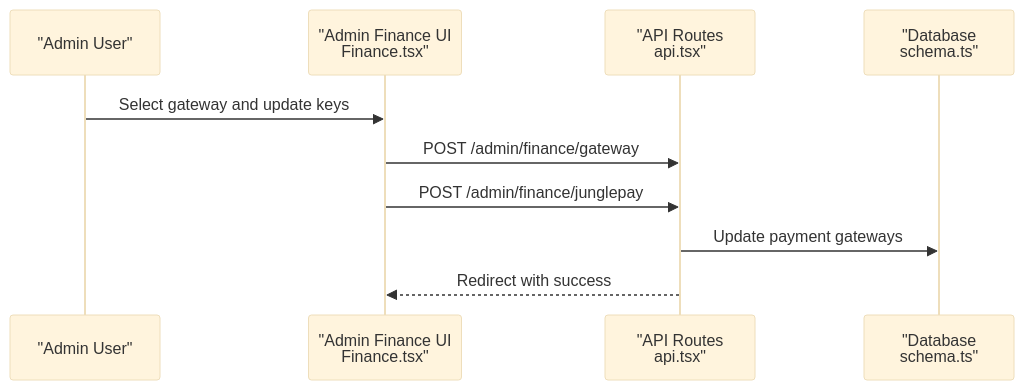
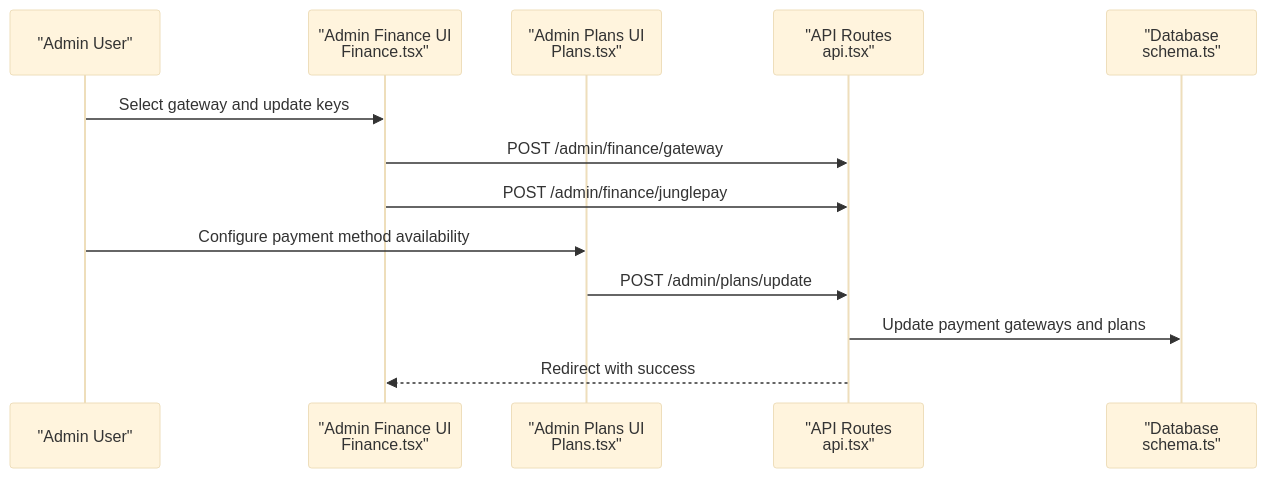
Diagram 16 of 16 in .qoder/repowiki/en/content/Page Components/Checkout Flow.md (eromedrive2tb-gif/Avitrine), drawn with Mermaid (base theme) before and after one commit. The commit also changed other lines of this file and 18 other files, not shown here.

````diff
--- a/.qoder/repowiki/en/content/Page Components/Checkout Flow.md
+++ b/.qoder/repowiki/en/content/Page Components/Checkout Flow.md
@@ -701,12 +816,15 @@
 ```mermaid
 sequenceDiagram
 participant Admin as "Admin User"
 participant UI as "Admin Finance UI<br/>Finance.tsx"
+participant PlanUI as "Admin Plans UI<br/>Plans.tsx"
 participant API as "API Routes<br/>api.tsx"
 participant DB as "Database<br/>schema.ts"
 Admin->>UI : Select gateway and update keys
 UI->>API : POST /admin/finance/gateway
 UI->>API : POST /admin/finance/junglepay
-API->>DB : Update payment gateways
+Admin->>PlanUI : Configure payment method availability
+PlanUI->>API : POST /admin/plans/update
+API->>DB : Update payment gateways and plans
 API-->>UI : Redirect with success
 ```
````
